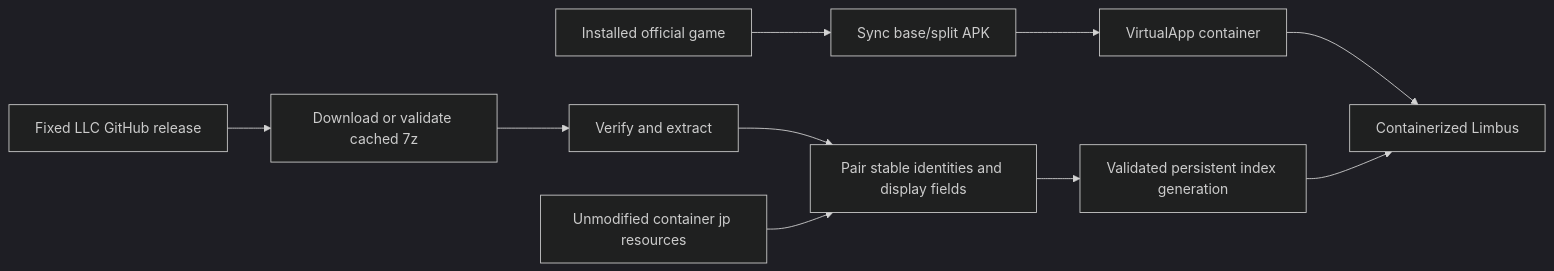
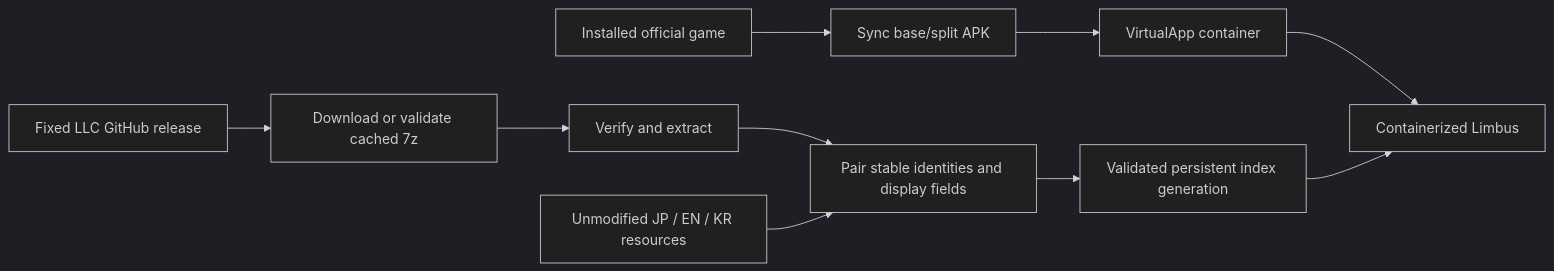
Before and after one commit to gravere/BYBUS: the diagram in docs/project-architecture.md, drawn with Mermaid (dark theme). The commit also changed other lines of this file and 111 other files, not shown here.

````diff
--- a/docs/project-architecture.md
+++ b/docs/project-architecture.md
@@ -128,12 +128,12 @@
 ```mermaid
 flowchart LR
     Installed["Installed official game"] --> Sync["Sync base/split APK"]
     Sync --> Container["VirtualApp container"]
     Container --> Game["Containerized Limbus"]
     GitHub["Fixed LLC GitHub release"] --> Download["Download or validate cached 7z"]
     Download --> Extract["Verify and extract"]
     Extract --> Pair["Pair stable identities and display fields"]
-    Japanese["Unmodified container jp resources"] --> Pair
+    Originals["Unmodified JP / EN / KR resources"] --> Pair
     Pair --> Index["Validated persistent index generation"]
     Index --> Game
 ```
````
